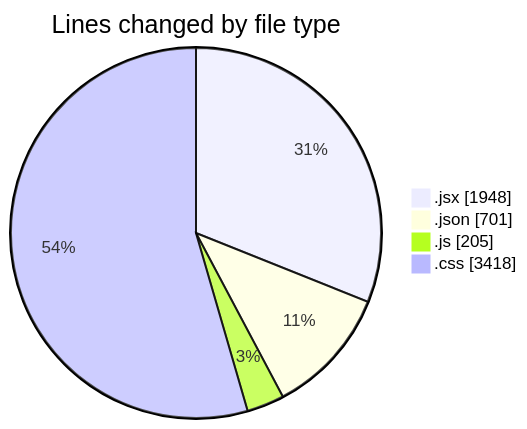
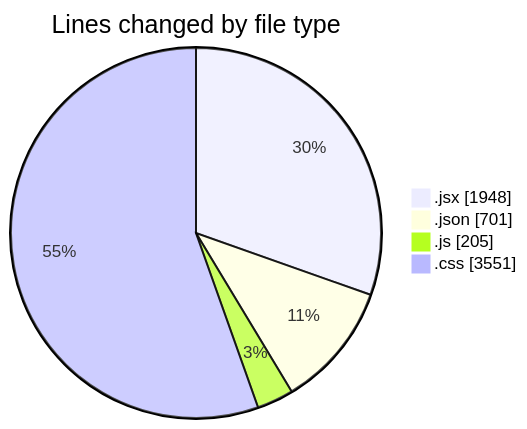
One commit to BS-eng2023/code-tracking changed the first of 2 diagrams in 2025-05-04/project/README.md. Above: the diagram before and after it, drawn with Mermaid. The commit also changed other lines of this file and 1 other file, not shown here.

````diff
--- a/2025-05-04/project/README.md
+++ b/2025-05-04/project/README.md
@@ -43,8 +43,8 @@
 ```mermaid
 pie showData
 title Lines changed by file type
 ".jsx" : 1948
 ".json" : 701
 ".js" : 205
-".css" : 3418
+".css" : 3551
 ```
````
